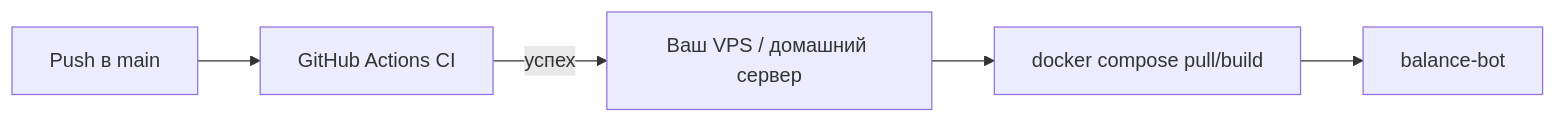
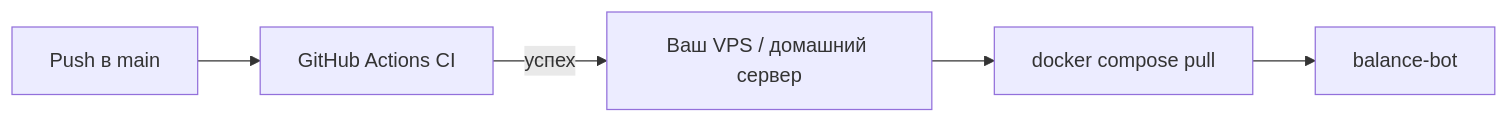
Before and after one commit to Nikkurer/balance_bot: the diagram in docs/ci-cd.md, drawn with Mermaid. The commit also changed other lines of this file and 6 other files, not shown here.

````diff
--- a/docs/ci-cd.md
+++ b/docs/ci-cd.md
@@ -46,7 +46,7 @@
 ```mermaid
 flowchart LR
   dev[Push в main] --> ci[GitHub Actions CI]
   ci -->|успех| server[Ваш VPS / домашний сервер]
-  server --> compose[docker compose pull/build]
+  server --> compose[docker compose pull]
   compose --> bot[balance-bot]
 ```
````
